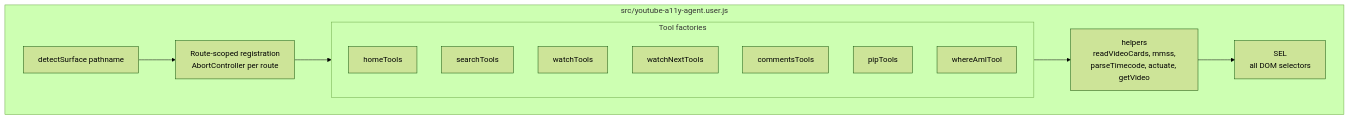
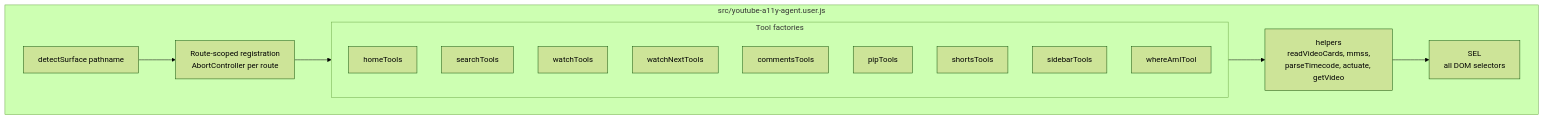
The third of 7 diagrams in docs/architecture/yt-a11y-agent.md (camelburrito/yt-a11y-agent), drawn with Mermaid (forest theme) before and after one commit. The commit also changed other lines of this file and 9 other files, not shown here.

First line of the commit message:
Shorts navigation + sidebar/guide tools, verified live (v0.10.2)

````diff
--- a/docs/architecture/yt-a11y-agent.md
+++ b/docs/architecture/yt-a11y-agent.md
@@ -82,21 +82,23 @@
 ```mermaid
 flowchart TB
   subgraph provider[src/youtube-a11y-agent.user.js]
     sel[SEL<br/>all DOM selectors]
     helpers[helpers<br/>readVideoCards, mmss,<br/>parseTimecode, actuate, getVideo]
     detect[detectSurface pathname]
     backbone[Route-scoped registration<br/>AbortController per route]
     subgraph journeys[Tool factories]
       home[homeTools]
       search[searchTools]
       watch[watchTools]
       wnext[watchNextTools]
       comments[commentsTools]
       pip[pipTools]
+      shorts[shortsTools]
+      sidebar[sidebarTools]
       whoami[whereAmITool]
     end
   end
   detect --> backbone
   backbone --> journeys
   journeys --> helpers --> sel
 ```
````
